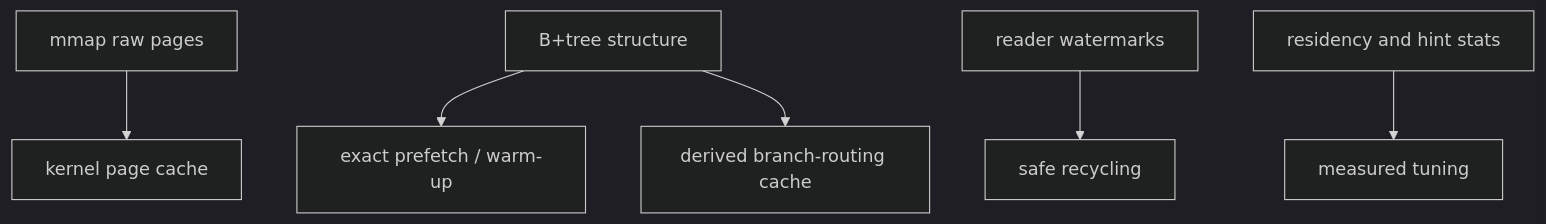
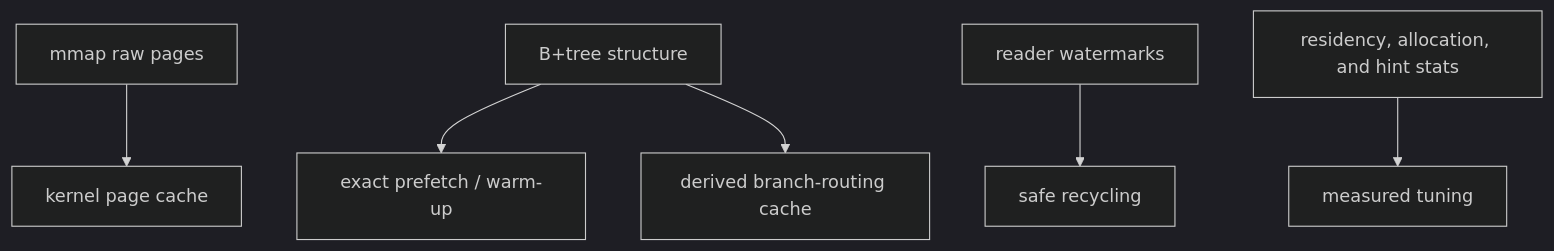
One commit to hadamrd/cow-btree-course changed the fourth of 4 diagrams in docs/09-openldap-opendj-research.md. Above: the diagram before and after it, drawn with Mermaid (dark theme). The commit also changed other lines of this file and 12 other files, not shown here.

````diff
--- a/docs/09-openldap-opendj-research.md
+++ b/docs/09-openldap-opendj-research.md
@@ -148,8 +148,8 @@
 ```mermaid
 flowchart TD
     Mmap["mmap raw pages"] --> Kernel["kernel page cache"]
     BTree["B+tree structure"] --> Exact["exact prefetch / warm-up"]
     BTree --> Derived["derived branch-routing cache"]
     Readers["reader watermarks"] --> Reclaim["safe recycling"]
-    Metrics["residency and hint stats"] --> Tuning["measured tuning"]
+    Metrics["residency, allocation, and hint stats"] --> Tuning["measured tuning"]
 ```
````
